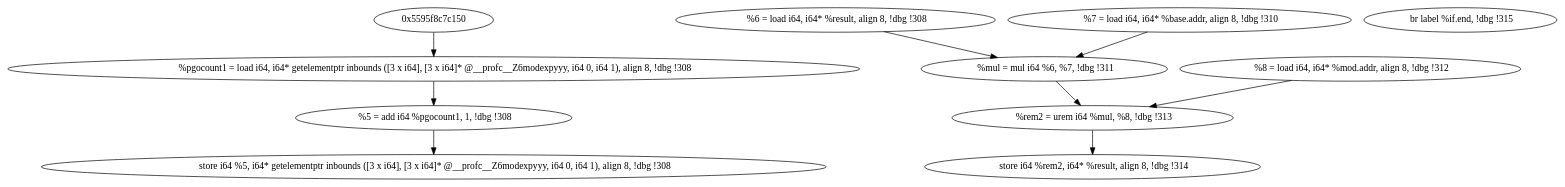
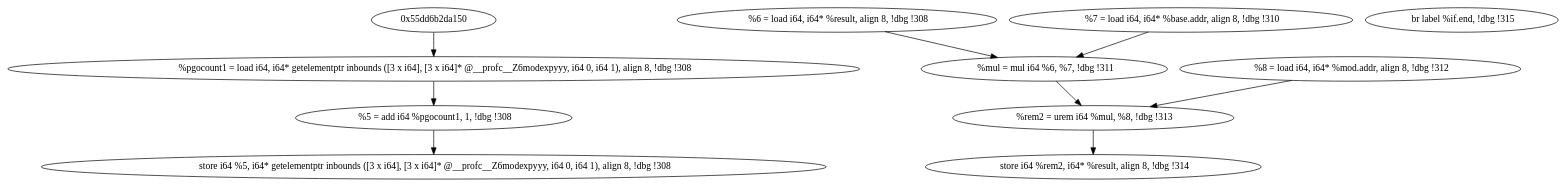
One commit to rudrajyotiroy/mirrormaze changed the diagram in benchmarks/correctness/_Z6modexpyyy_ddg_if.then.dot. Above: the diagram before and after it, drawn with Graphviz. The commit also changed 9 other files, not shown here.

```diff
--- a/benchmarks/correctness/_Z6modexpyyy_ddg_if.then.dot
+++ b/benchmarks/correctness/_Z6modexpyyy_ddg_if.then.dot
@@ -1,20 +1,20 @@
 digraph DDG {
-  "0x5595f8c7c1f0" [label="  %pgocount1 = load i64, i64* getelementptr inbounds ([3 x i64], [3 x i64]* @__profc__Z6modexpyyy, i64 0, i64 1), align 8, !dbg !308"];
-  "0x5595f8c7c2b0" [label="  %5 = add i64 %pgocount1, 1, !dbg !308"];
-  "0x5595f8c7c340" [label="  store i64 %5, i64* getelementptr inbounds ([3 x i64], [3 x i64]* @__profc__Z6modexpyyy, i64 0, i64 1), align 8, !dbg !308"];
-  "0x5595f8c7c3b0" [label="  %6 = load i64, i64* %result, align 8, !dbg !308"];
-  "0x5595f8c7c420" [label="  %7 = load i64, i64* %base.addr, align 8, !dbg !310"];
-  "0x5595f8c7c4e0" [label="  %mul = mul i64 %6, %7, !dbg !311"];
-  "0x5595f8c7c580" [label="  %8 = load i64, i64* %mod.addr, align 8, !dbg !312"];
-  "0x5595f8c7c640" [label="  %rem2 = urem i64 %mul, %8, !dbg !313"];
-  "0x5595f8c7c700" [label="  store i64 %rem2, i64* %result, align 8, !dbg !314"];
-  "0x5595f8c7c7a0" [label="  br label %if.end, !dbg !315"];
-  "0x5595f8c7c150" -> "0x5595f8c7c1f0";
-  "0x5595f8c7c1f0" -> "0x5595f8c7c2b0";
-  "0x5595f8c7c2b0" -> "0x5595f8c7c340";
-  "0x5595f8c7c3b0" -> "0x5595f8c7c4e0";
-  "0x5595f8c7c420" -> "0x5595f8c7c4e0";
-  "0x5595f8c7c4e0" -> "0x5595f8c7c640";
-  "0x5595f8c7c580" -> "0x5595f8c7c640";
-  "0x5595f8c7c640" -> "0x5595f8c7c700";
+  "0x55dd6b2da1f0" [label="  %pgocount1 = load i64, i64* getelementptr inbounds ([3 x i64], [3 x i64]* @__profc__Z6modexpyyy, i64 0, i64 1), align 8, !dbg !308"];
+  "0x55dd6b2da2b0" [label="  %5 = add i64 %pgocount1, 1, !dbg !308"];
+  "0x55dd6b2da340" [label="  store i64 %5, i64* getelementptr inbounds ([3 x i64], [3 x i64]* @__profc__Z6modexpyyy, i64 0, i64 1), align 8, !dbg !308"];
+  "0x55dd6b2da3b0" [label="  %6 = load i64, i64* %result, align 8, !dbg !308"];
+  "0x55dd6b2da420" [label="  %7 = load i64, i64* %base.addr, align 8, !dbg !310"];
+  "0x55dd6b2da4e0" [label="  %mul = mul i64 %6, %7, !dbg !311"];
+  "0x55dd6b2da580" [label="  %8 = load i64, i64* %mod.addr, align 8, !dbg !312"];
+  "0x55dd6b2da640" [label="  %rem2 = urem i64 %mul, %8, !dbg !313"];
+  "0x55dd6b2da700" [label="  store i64 %rem2, i64* %result, align 8, !dbg !314"];
+  "0x55dd6b2da7a0" [label="  br label %if.end, !dbg !315"];
+  "0x55dd6b2da150" -> "0x55dd6b2da1f0";
+  "0x55dd6b2da1f0" -> "0x55dd6b2da2b0";
+  "0x55dd6b2da2b0" -> "0x55dd6b2da340";
+  "0x55dd6b2da3b0" -> "0x55dd6b2da4e0";
+  "0x55dd6b2da420" -> "0x55dd6b2da4e0";
+  "0x55dd6b2da4e0" -> "0x55dd6b2da640";
+  "0x55dd6b2da580" -> "0x55dd6b2da640";
+  "0x55dd6b2da640" -> "0x55dd6b2da700";
 }
```
